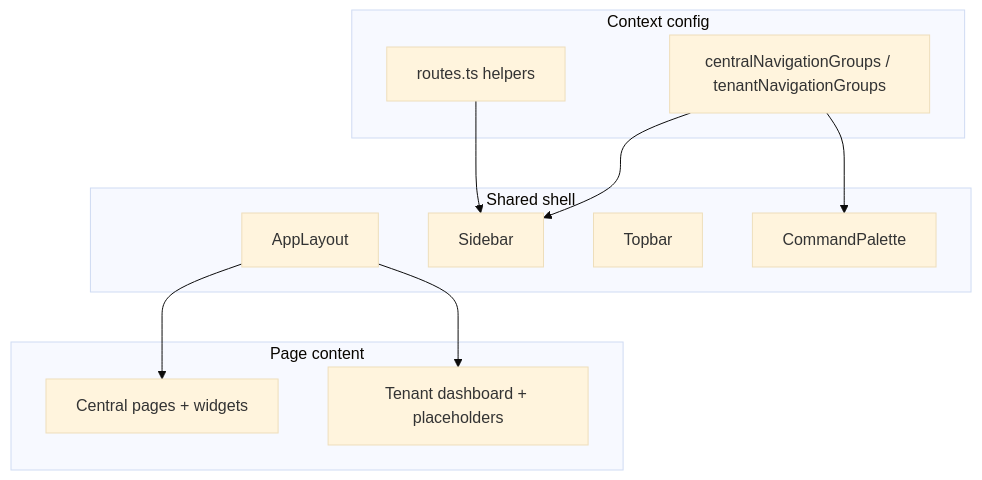
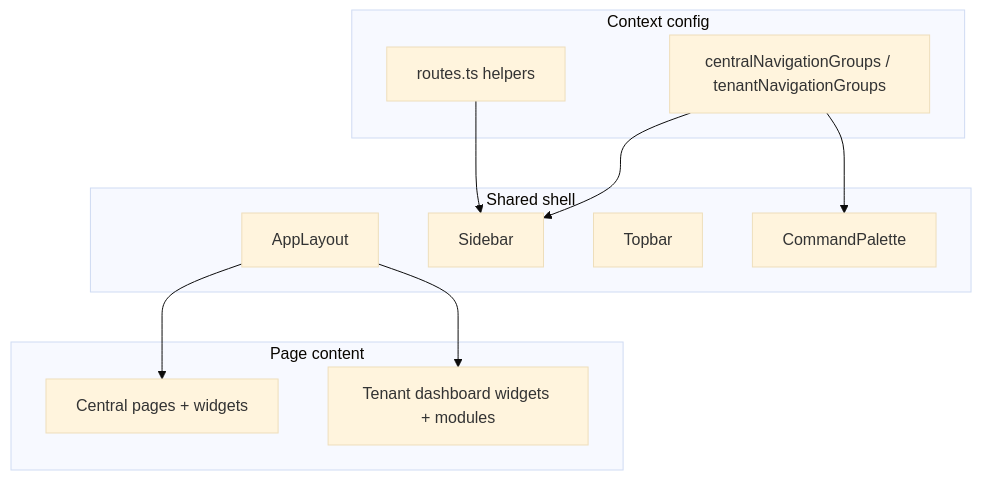
One commit to DiligentCreators/SaaS-Docs changed the diagram in architecture/shared-ui.md. Above: the diagram before and after it, drawn with Mermaid (base theme). The commit also changed other lines of this file and 23 other files, not shown here.

````diff
--- a/architecture/shared-ui.md
+++ b/architecture/shared-ui.md
@@ -25,25 +25,25 @@
 ```mermaid
 flowchart TB
   subgraph shared [Shared shell]
     AppLayout
     Sidebar
     Topbar
     CommandPalette
   end
 
   subgraph config [Context config]
     Routes["routes.ts helpers"]
     Nav["centralNavigationGroups / tenantNavigationGroups"]
   end
 
   subgraph pages [Page content]
     CentralPages["Central pages + widgets"]
-    TenantPages["Tenant dashboard + placeholders"]
+    TenantPages["Tenant dashboard widgets + modules"]
   end
 
   Routes --> Sidebar
   Nav --> Sidebar
   Nav --> CommandPalette
   AppLayout --> CentralPages
   AppLayout --> TenantPages
 ```
````
